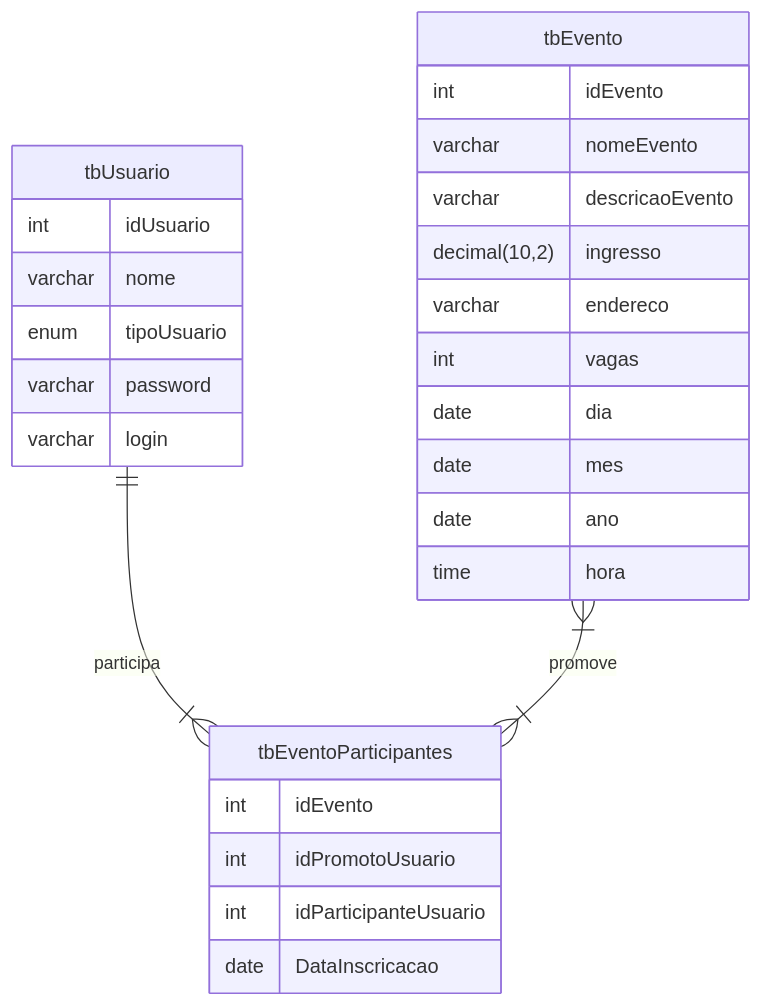
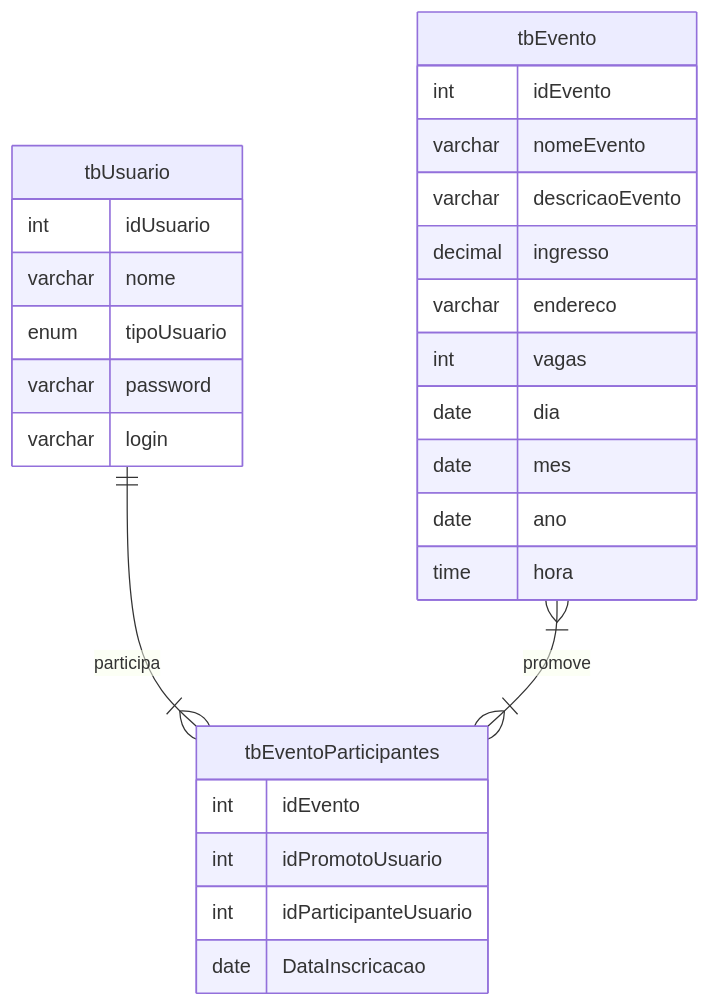
Before and after one commit to GstavRocha/Event_Planner: the diagram in Documentacao/DbDiagrama.md, drawn with Mermaid.

Commit message:
Update DbDiagrama.md
Correção de sintaxe

````diff
--- a/Documentacao/DbDiagrama.md
+++ b/Documentacao/DbDiagrama.md
@@ -5,33 +5,33 @@
 ```mermaid
 
 erDiagram
 
     tbUsuario{
         int idUsuario
         varchar nome
         enum tipoUsuario
         varchar password
         varchar login
     }
     tbEvento{
         int idEvento
         varchar nomeEvento
         varchar descricaoEvento
-        decimal(10,2) ingresso
+        decimal ingresso
         varchar endereco
         int vagas
         date dia
         date mes
         date ano
         time hora
     }
     tbEventoParticipantes{
         int idEvento
         int idPromotoUsuario
         int idParticipanteUsuario
         date DataInscricacao
 
     }
     tbUsuario ||--|{ tbEventoParticipantes: participa
     tbEvento }|--|{ tbEventoParticipantes: promove
 ```
````
